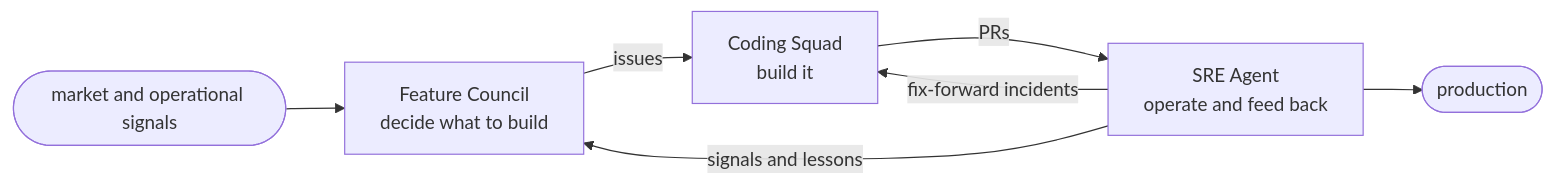
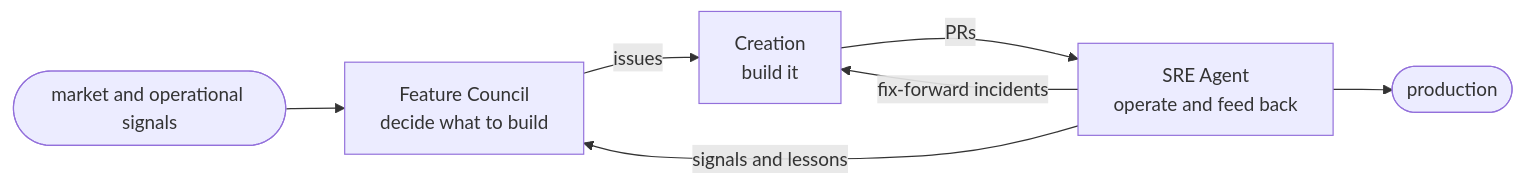
One commit to JoranBergfeld/dark-software-factory changed the diagram in docs/site/concept/the-loop.md. Above: the diagram before and after it, drawn with Mermaid. The commit also changed other lines of this file and 10 other files, not shown here.

First line of the commit message:
docs: rename Coding Squad to Creation phase and mark ADR 0012 superseded

````diff
--- a/docs/site/concept/the-loop.md
+++ b/docs/site/concept/the-loop.md
@@ -6,9 +6,9 @@
 ```mermaid
 flowchart LR
     signals(["market and operational signals"]) --> FC["Feature Council<br/>decide what to build"]
-    FC -->|issues| CS["Coding Squad<br/>build it"]
+    FC -->|issues| CS["Creation<br/>build it"]
     CS -->|PRs| SRE["SRE Agent<br/>operate and feed back"]
     SRE --> prod(["production"])
     SRE -->|fix-forward incidents| CS
     SRE -->|signals and lessons| FC
 ```
````
